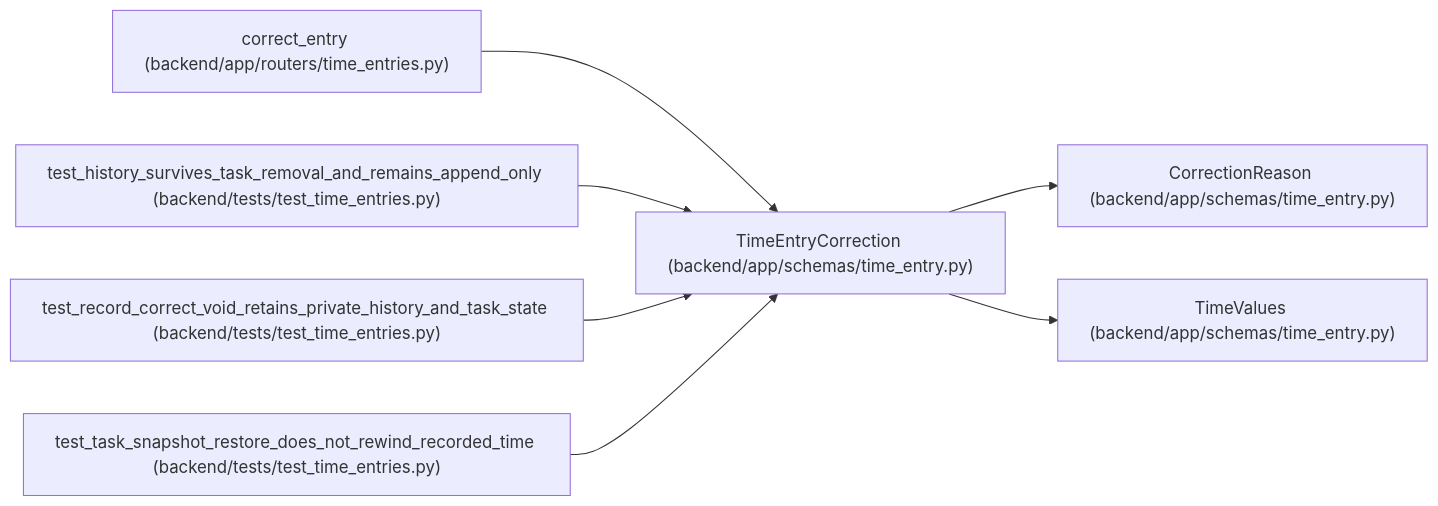
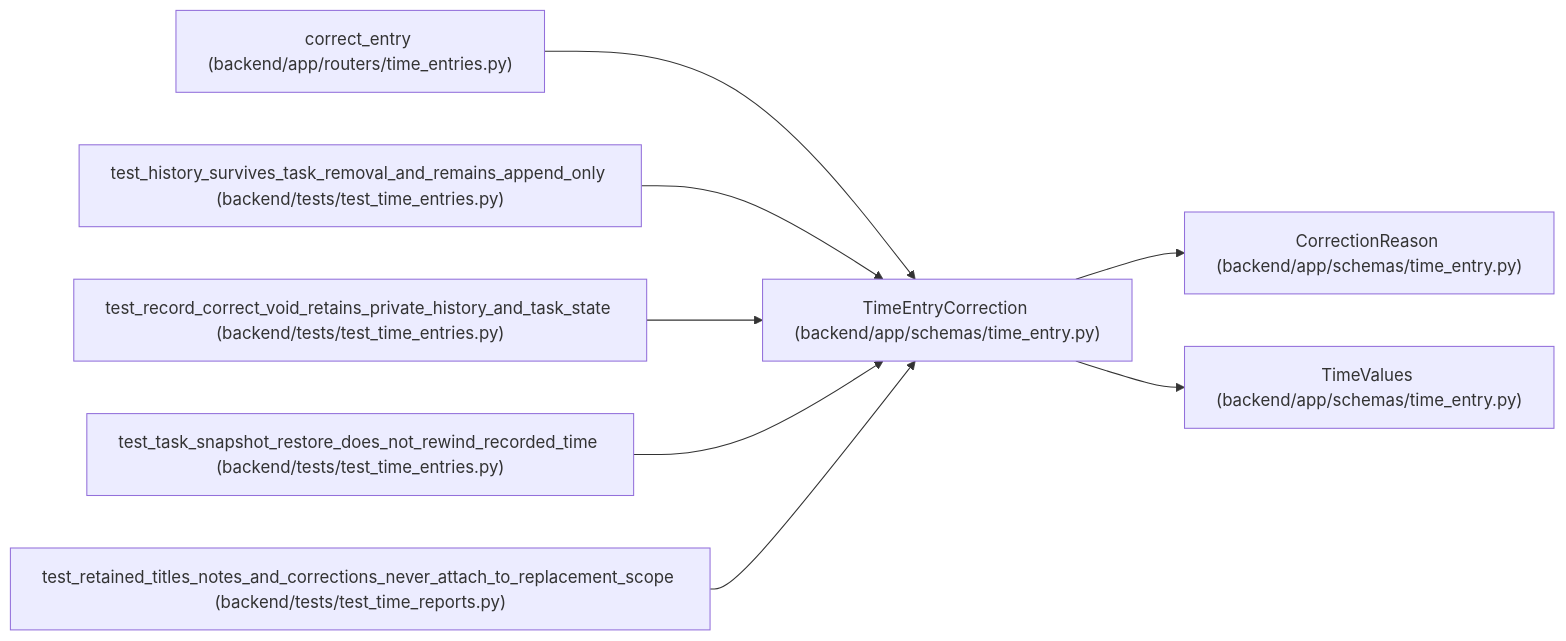
Before and after one commit to Denissvgn/WorkChord: the diagram in docs/llm_wiki/entities/TimeEntryCorrection.md, drawn with Mermaid. The commit also changed other lines of this file and 10148 other files, not shown here.

````diff
--- a/docs/llm_wiki/entities/TimeEntryCorrection.md
+++ b/docs/llm_wiki/entities/TimeEntryCorrection.md
@@ -25,23 +25,26 @@
 ```mermaid
 flowchart LR
     n0["TimeEntryCorrection (backend/app/schemas/time_entry.py)"]
     n1["CorrectionReason (backend/app/schemas/time_entry.py)"]
     n2["TimeValues (backend/app/schemas/time_entry.py)"]
     n3["correct_entry (backend/app/routers/time_entries.py)"]
     n4["test_history_survives_task_removal_and_remains_append_only (backend/tests/test_time_entries.py)"]
     n5["test_record_correct_void_retains_private_history_and_task_state (backend/tests/test_time_entries.py)"]
     n6["test_task_snapshot_restore_does_not_rewind_recorded_time (backend/tests/test_time_entries.py)"]
+    n7["test_retained_titles_notes_and_corrections_never_attach_to_replacement_scope (backend/tests/test_time_reports.py)"]
     n0 --> n1
     n0 --> n2
     n3 --> n0
     n4 --> n0
     n5 --> n0
     n6 --> n0
+    n7 --> n0
     click n0 "../modules/schemas_time_entry.md"
     click n1 "../modules/schemas_time_entry.md"
     click n2 "../modules/schemas_time_entry.md"
     click n3 "../modules/time_entries.md"
     click n4 "../modules/test_time_entries.md"
     click n5 "../modules/test_time_entries.md"
     click n6 "../modules/test_time_entries.md"
+    click n7 "../modules/test_time_reports.md"
 ```
````
